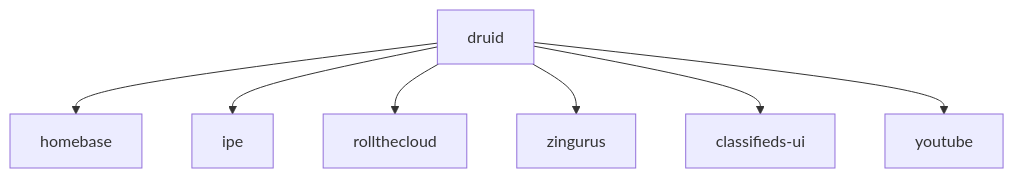
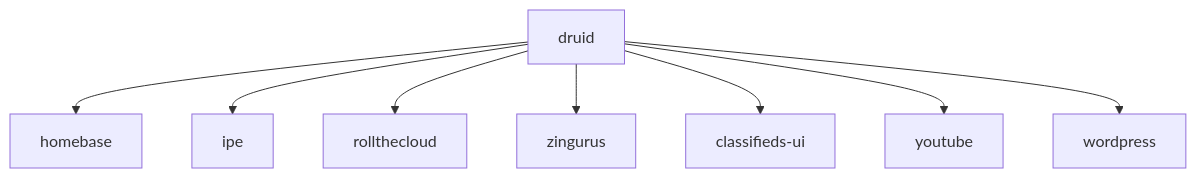
One commit to rollthecloudinc/quell changed the diagram in architecture/ecosystem/README.md. Above: the diagram before and after it, drawn with Mermaid.

````diff
--- a/architecture/ecosystem/README.md
+++ b/architecture/ecosystem/README.md
@@ -4,9 +4,10 @@
 ```mermaid
 flowchart TB
 druid-->homebase[homebase]
 druid[druid]-->ipe[ipe];
 druid[druid]-->cloud[rollthecloud];
 druid-->zingurus[zingurus]
 druid-->classifieds-ui[classifieds-ui]
 druid-->youtube
+druid-->wordpress
 ```
````
